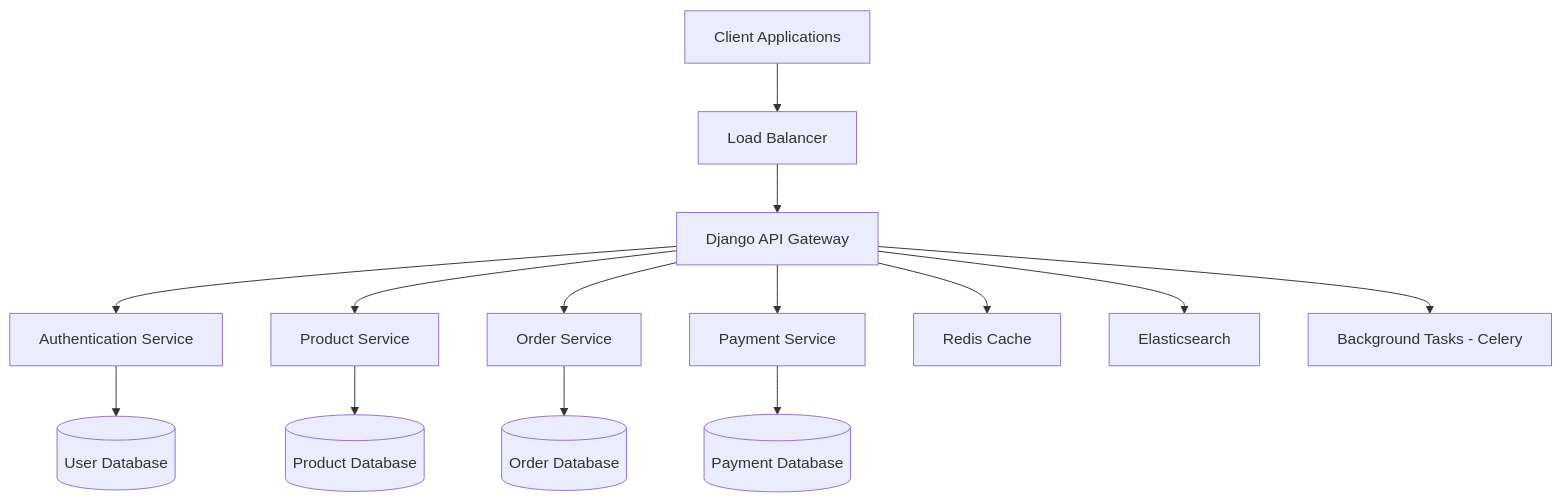
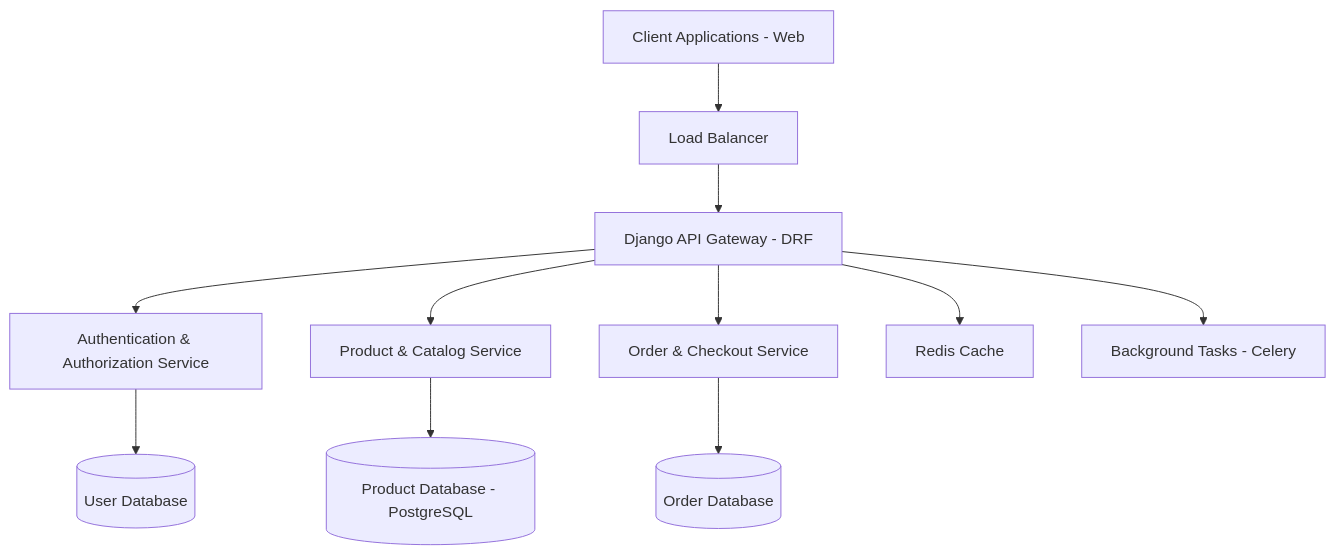
Before and after one commit to GemmechuBekele/alx-project-nexus: the diagram in README.md, drawn with Mermaid. The commit also changed other lines of this file and 13 other files, not shown here.

````diff
--- a/README.md
+++ b/README.md
@@ -98,16 +109,13 @@
 ```mermaid
 graph TB
-    A[Client Applications] --> B[Load Balancer]
-    B --> C[Django API Gateway]
-    C --> D[Authentication Service]
-    C --> E[Product Service]
-    C --> F[Order Service]
-    C --> G[Payment Service]
-    D --> H[(User Database)]
-    E --> I[(Product Database)]
-    F --> J[(Order Database)]
-    G --> K[(Payment Database)]
-    C --> L[Redis Cache]
-    C --> M[Elasticsearch]
-    C --> N[Background Tasks - Celery]
-```
+    A[Client Applications - Web] --> B[Load Balancer]
+    B --> C[Django API Gateway - DRF]
+    C --> D[Authentication & Authorization Service]
+    C --> E[Product & Catalog Service]
+    C --> F[Order & Checkout Service]
+    D --> G[(User Database)]
+    E --> H[(Product Database - PostgreSQL)]
+    F --> I[(Order Database)]
+    C --> J[Redis Cache]
+    C --> K[Background Tasks - Celery]
+  ```
````
